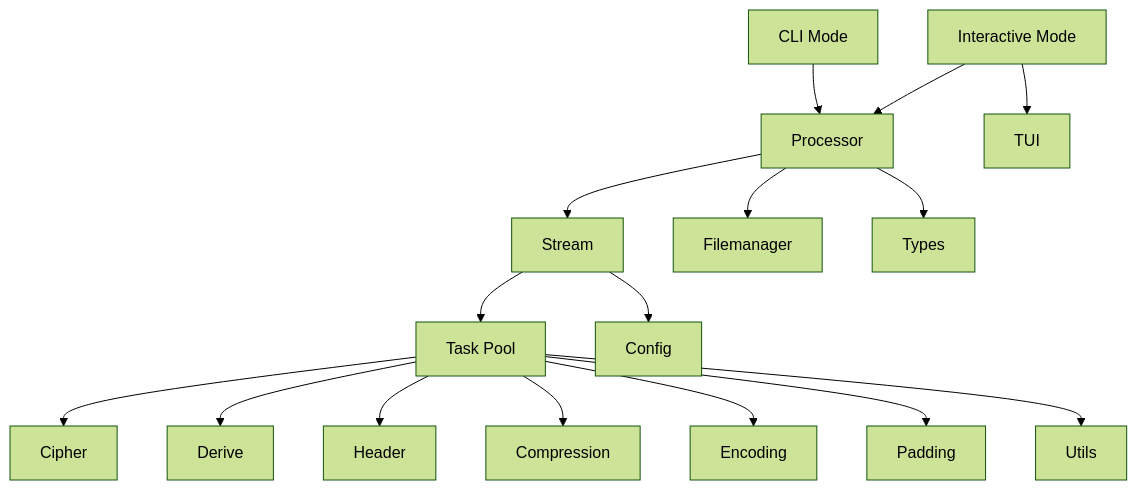
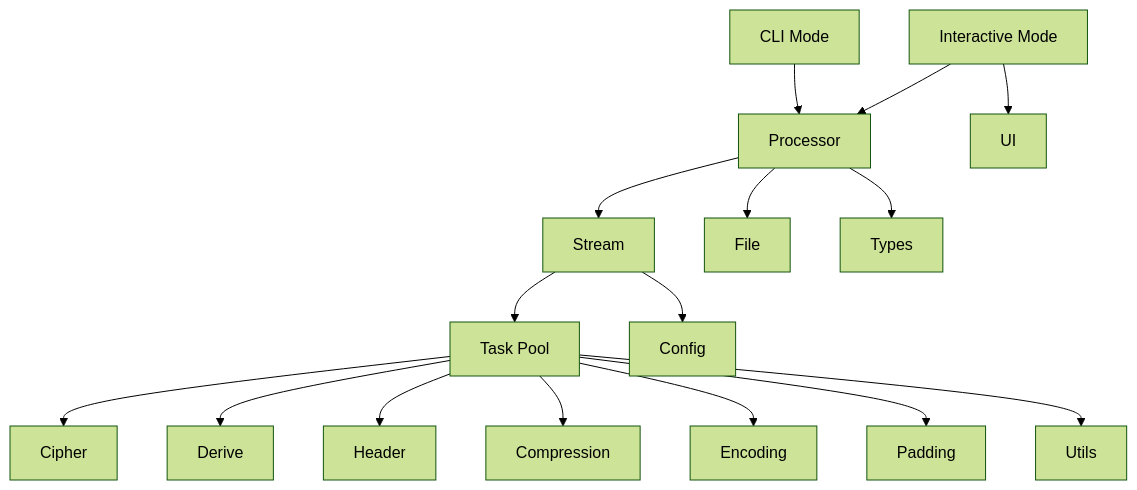
Before and after one commit to hambosto/sweetbyte: the second of 2 diagrams in README.md, drawn with Mermaid (forest theme). The commit also changed other lines of this file, not shown here.

````diff
--- a/README.md
+++ b/README.md
@@ -85,42 +85,42 @@
 ```mermaid
 graph TD
         A[CLI Mode]
         B[Interactive Mode]
 
         C[Processor]
         E[Stream]
         D[Task Pool]
 
 
         F[Cipher]
         G[Derive]
         H[Header]
         I[Compression]
         J[Encoding]
         K[Padding]
 
-        L[Filemanager]
-        M[TUI]
+        L[File]
+        M[UI]
         N[Config]
         P[Utils]
         Q[Types]
 
     A --> C
     B --> C
 
     C --> E
     E --> D
 
     D --> F
     D --> G
     D --> H
     D --> I
     D --> J
     D --> K
 
     C --> L
     B --> M
     E --> N
     D --> P
     C --> Q
 ```
````
